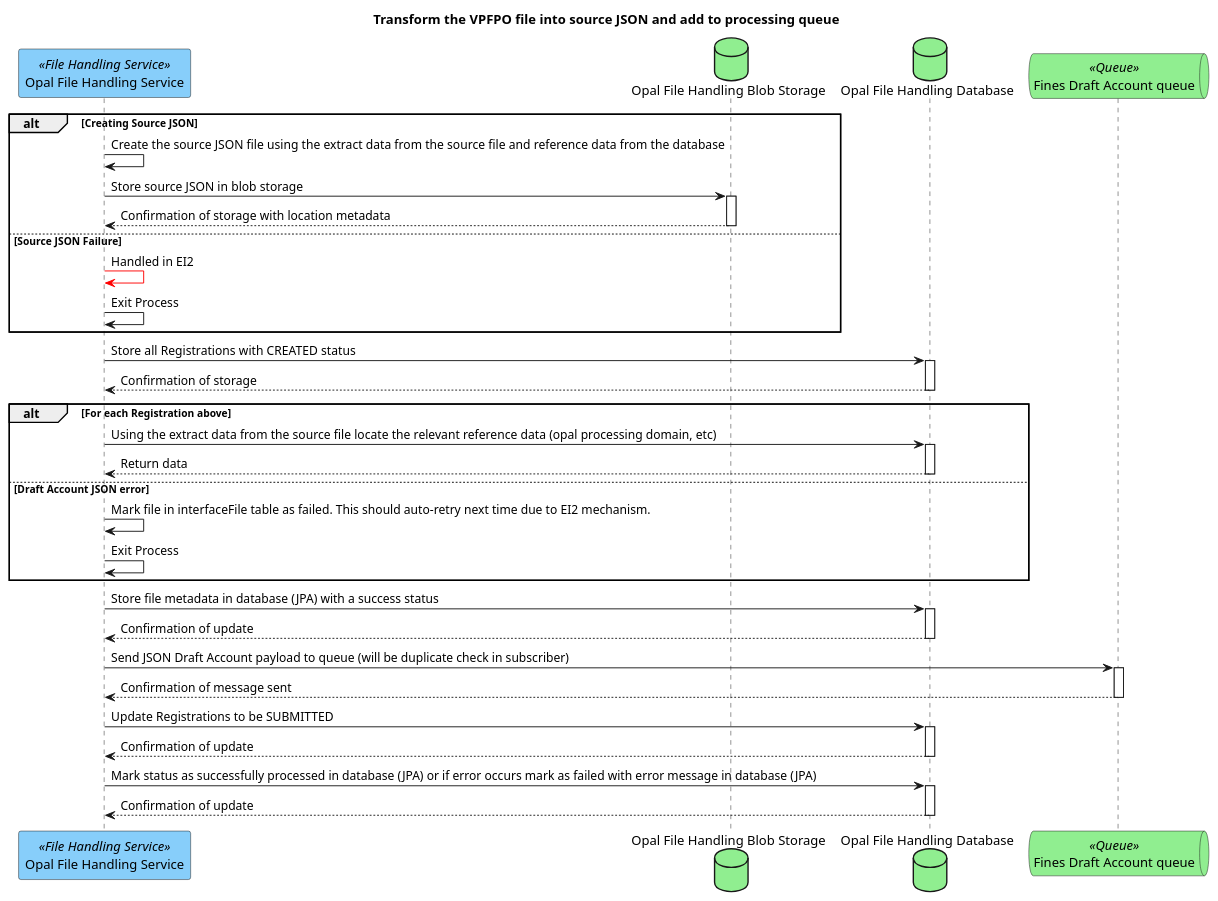
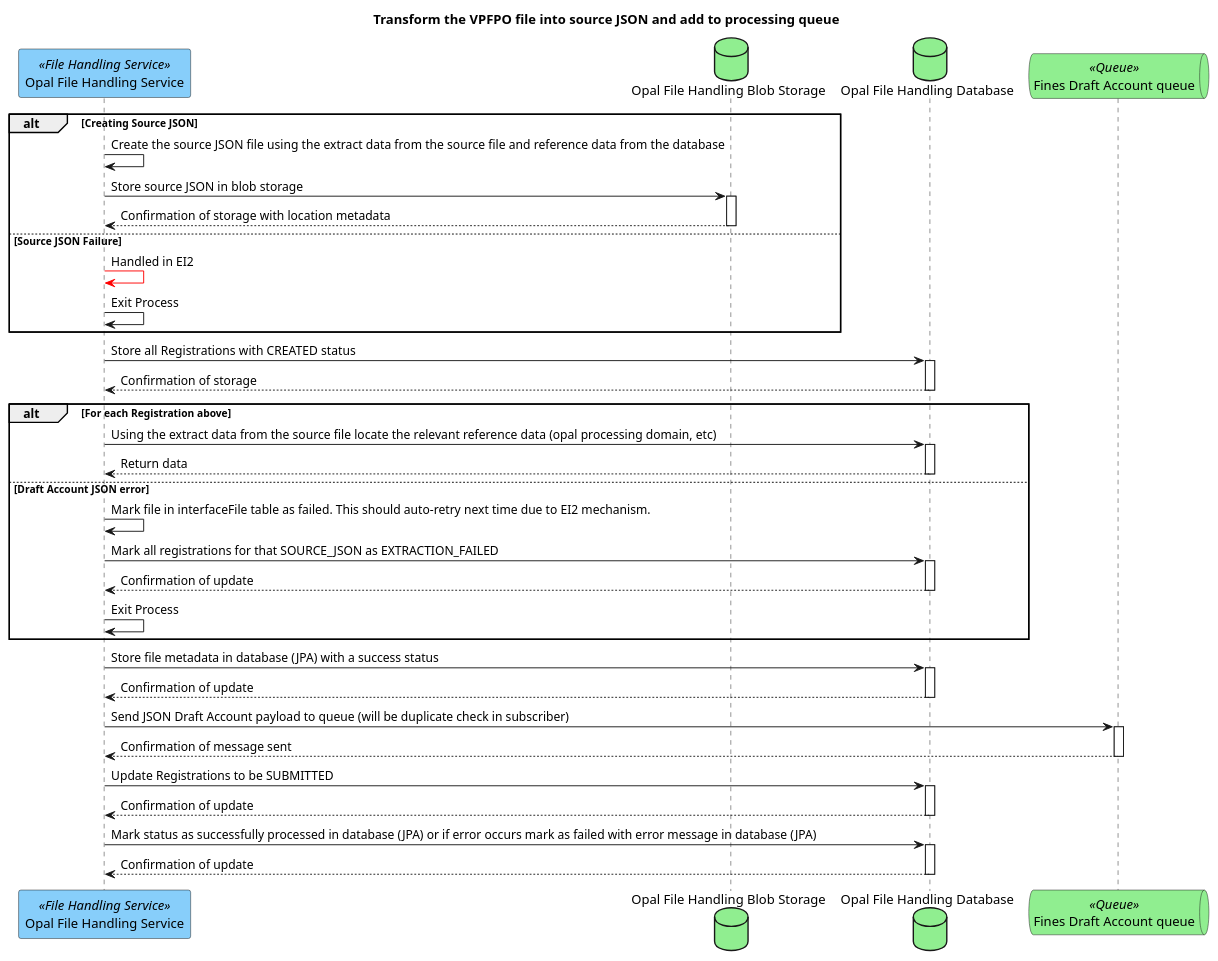
Before and after one commit to hmcts/opal-docs: the diagram in plantUML/external-interfaces/vpfpo-process-source-json.puml, drawn with PlantUML.

Commit message:
Incorporating the use of EXTRACTION_FAILED for data failures

```diff
--- a/plantUML/external-interfaces/vpfpo-process-source-json.puml
+++ b/plantUML/external-interfaces/vpfpo-process-source-json.puml
@@ -1,40 +1,42 @@
 @startuml
 title Transform the VPFPO file into source JSON and add to processing queue
 
 participant "Opal File Handling Service" as fileHandlingService <<File Handling Service>> #LightSkyBlue
 database "Opal File Handling Blob Storage" as fileHandlingBlobStorage #LightGreen
 database "Opal File Handling Database" as fileHandlingDb #LightGreen
 queue "Fines Draft Account queue" as finesDraftAccountQueue <<Queue>> #lightgreen
 
 alt Creating Source JSON
     fileHandlingService -> fileHandlingService : Create the source JSON file using the extract data from the source file and reference data from the database
     fileHandlingService -> fileHandlingBlobStorage ++ : Store source JSON in blob storage
     fileHandlingBlobStorage --> fileHandlingService -- : Confirmation of storage with location metadata
 else Source JSON Failure
     fileHandlingService[#red]-> fileHandlingService : Handled in EI2
     fileHandlingService -> fileHandlingService : Exit Process
 end
 fileHandlingService -> fileHandlingDb ++ : Store all Registrations with CREATED status
 fileHandlingDb --> fileHandlingService -- : Confirmation of storage
 
 alt For each Registration above
     fileHandlingService -> fileHandlingDb ++ : Using the extract data from the source file locate the relevant reference data (opal processing domain, etc)
     fileHandlingDb --> fileHandlingService -- : Return data
 else Draft Account JSON error
     fileHandlingService -> fileHandlingService : Mark file in interfaceFile table as failed. This should auto-retry next time due to EI2 mechanism.
+    fileHandlingService -> fileHandlingDb ++ : Mark all registrations for that SOURCE_JSON as EXTRACTION_FAILED
+    fileHandlingDb --> fileHandlingService -- : Confirmation of update
     fileHandlingService -> fileHandlingService : Exit Process
 end
 
 fileHandlingService -> fileHandlingDb ++ : Store file metadata in database (JPA) with a success status
 fileHandlingDb --> fileHandlingService -- : Confirmation of update
 
 fileHandlingService -> finesDraftAccountQueue ++ : Send JSON Draft Account payload to queue (will be duplicate check in subscriber)
 finesDraftAccountQueue --> fileHandlingService -- : Confirmation of message sent
 
 fileHandlingService -> fileHandlingDb ++ : Update Registrations to be SUBMITTED
 fileHandlingDb --> fileHandlingService -- : Confirmation of update
 
 fileHandlingService -> fileHandlingDb ++ : Mark status as successfully processed in database (JPA) or if error occurs mark as failed with error message in database (JPA)
 fileHandlingDb --> fileHandlingService -- : Confirmation of update
 
 @enduml
```
